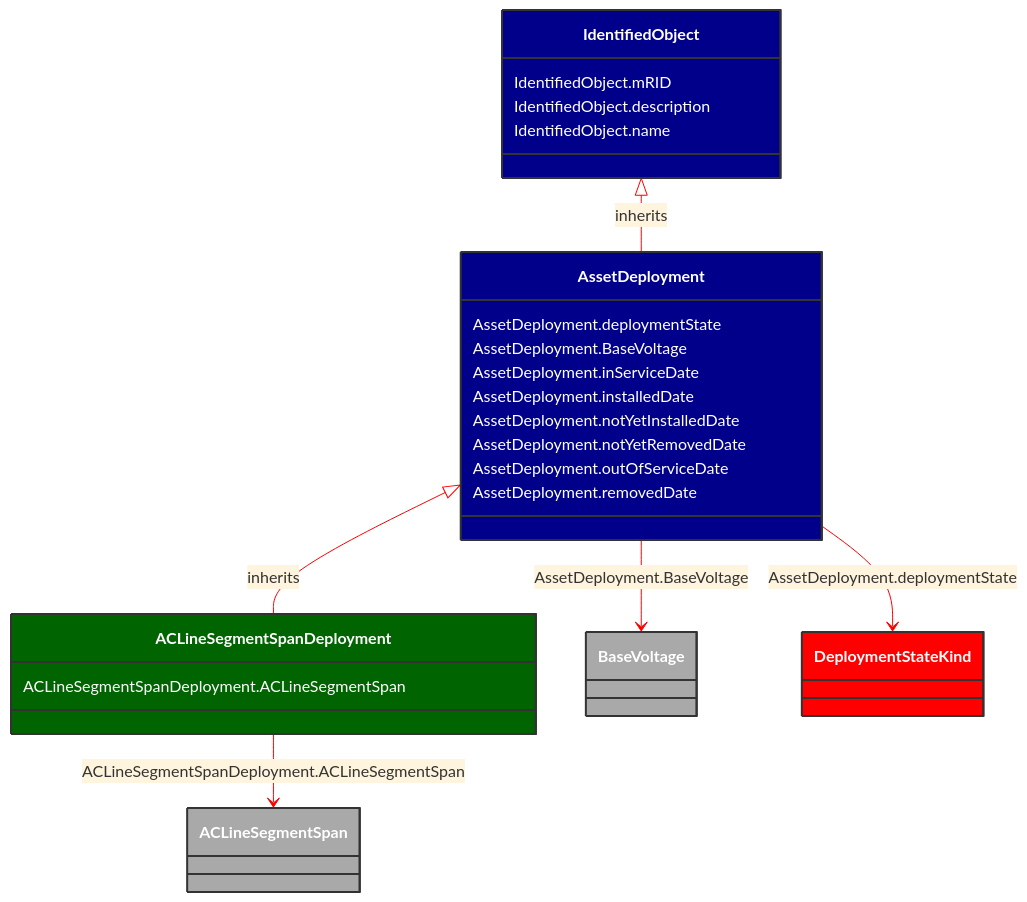
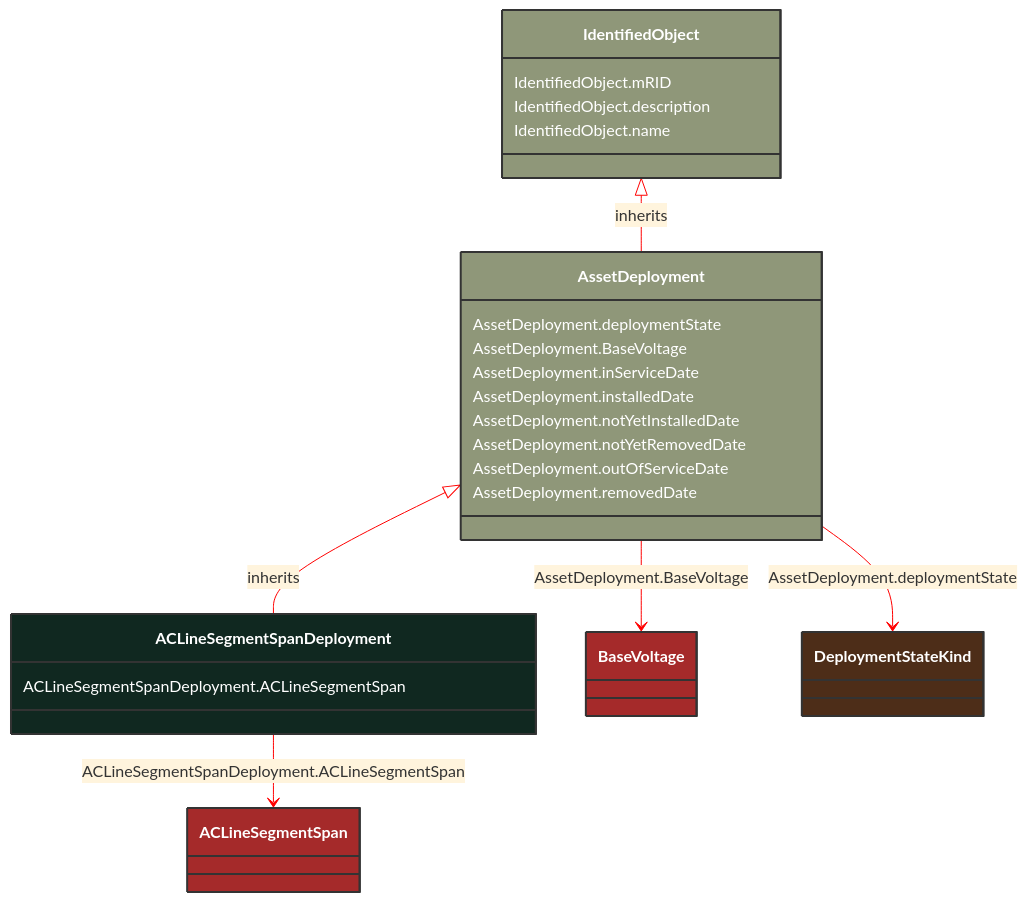
The diagram in docs/Models/Profiles/AviationObstacle/ConcreteClasses/ACLineSegmentSpanDeployment.md (3lbits/NoCIMExtensions), drawn with Mermaid before and after one commit. The commit also changed 190 other files, not shown here.

````diff
--- a/docs/Models/Profiles/AviationObstacle/ConcreteClasses/ACLineSegmentSpanDeployment.md
+++ b/docs/Models/Profiles/AviationObstacle/ConcreteClasses/ACLineSegmentSpanDeployment.md
@@ -8,49 +8,45 @@
 ```mermaid
 %%{init: {'theme':'base','themeVariables': {'lineColor': '#FF0000'}}}%%
 classDiagram
     class ACLineSegmentSpanDeployment
     click ACLineSegmentSpanDeployment href "/Models/Profiles/AviationObstacle/ConcreteClasses/ACLineSegmentSpanDeployment/"
-    style ACLineSegmentSpanDeployment fill:#006400,stroke:#333,stroke-width:2px,rx:10,ry:10,color:white
-
+    style ACLineSegmentSpanDeployment fill:#102820,stroke:#333,stroke-width:2px,rx:10,ry:10,color:white
+     
         AssetDeployment <|-- ACLineSegmentSpanDeployment : inherits
             click AssetDeployment href "/Models/Profiles/AviationObstacle/ConcreteClasses/AssetDeployment/"
-            style AssetDeployment fill:#00008B,stroke:#333,stroke-width:2px,rx:10,ry:10,color:white
-
-        ACLineSegmentSpanDeployment
-            click ACLineSegmentSpanDeployment href "/Models/Profiles/AviationObstacle/ConcreteClasses/ACLineSegmentSpanDeployment/"
-            style AssetDeployment fill:#00008B,stroke:#333,stroke-width:2px,rx:10,ry:10,color:white
-
+            style AssetDeployment fill:#8F9779,stroke:#333,stroke-width:2px,rx:10,ry:10,color:white
+     
         IdentifiedObject <|-- AssetDeployment : inherits
             click IdentifiedObject href "/Models/Profiles/AviationObstacle/AbstractClasses/IdentifiedObject/"
-            style IdentifiedObject fill:#00008B,stroke:#333,stroke-width:2px,rx:10,ry:10,color:white
+            style IdentifiedObject fill:#8F9779,stroke:#333,stroke-width:2px,rx:10,ry:10,color:white
 
         ACLineSegmentSpanDeployment --> ACLineSegmentSpan : ACLineSegmentSpanDeployment.ACLineSegmentSpan
 
         ACLineSegmentSpan
             click ACLineSegmentSpan href "/Models/Profiles/AviationObstacle/ConcreteClasses/ACLineSegmentSpan/"
-            style ACLineSegmentSpan fill:#A9A9A9,stroke:#333,stroke-width:2px,rx:10,ry:10,color:white
+            style ACLineSegmentSpan fill:#A52A2A,stroke:#333,stroke-width:2px,rx:10,ry:10,color:white
         AssetDeployment --> BaseVoltage : AssetDeployment.BaseVoltage
 
         BaseVoltage
             click BaseVoltage href "/Models/Profiles/AviationObstacle/ConcreteClasses/BaseVoltage/"
-            style BaseVoltage fill:#A9A9A9,stroke:#333,stroke-width:2px,rx:10,ry:10,color:white
+            style BaseVoltage fill:#A52A2A,stroke:#333,stroke-width:2px,rx:10,ry:10,color:white
 
         AssetDeployment --> DeploymentStateKind : AssetDeployment.deploymentState
 
         DeploymentStateKind
             click DeploymentStateKind href "/Models/Profiles/AviationObstacle/Enumerations/DeploymentStateKind/"
-            style DeploymentStateKind fill:#FF0000,stroke:#333,stroke-width:2px,rx:10,ry:10,color:white
+            style DeploymentStateKind fill:#4D2D18,stroke:#333,stroke-width:2px,rx:10,ry:10,color:white
 
         ACLineSegmentSpanDeployment : ACLineSegmentSpanDeployment.ACLineSegmentSpan
         AssetDeployment : AssetDeployment.deploymentState
         AssetDeployment : AssetDeployment.BaseVoltage
         AssetDeployment : AssetDeployment.inServiceDate
         AssetDeployment : AssetDeployment.installedDate
         AssetDeployment : AssetDeployment.notYetInstalledDate
         AssetDeployment : AssetDeployment.notYetRemovedDate
         AssetDeployment : AssetDeployment.outOfServiceDate
         AssetDeployment : AssetDeployment.removedDate
         IdentifiedObject : IdentifiedObject.mRID
         IdentifiedObject : IdentifiedObject.description
         IdentifiedObject : IdentifiedObject.name
 ```
````
